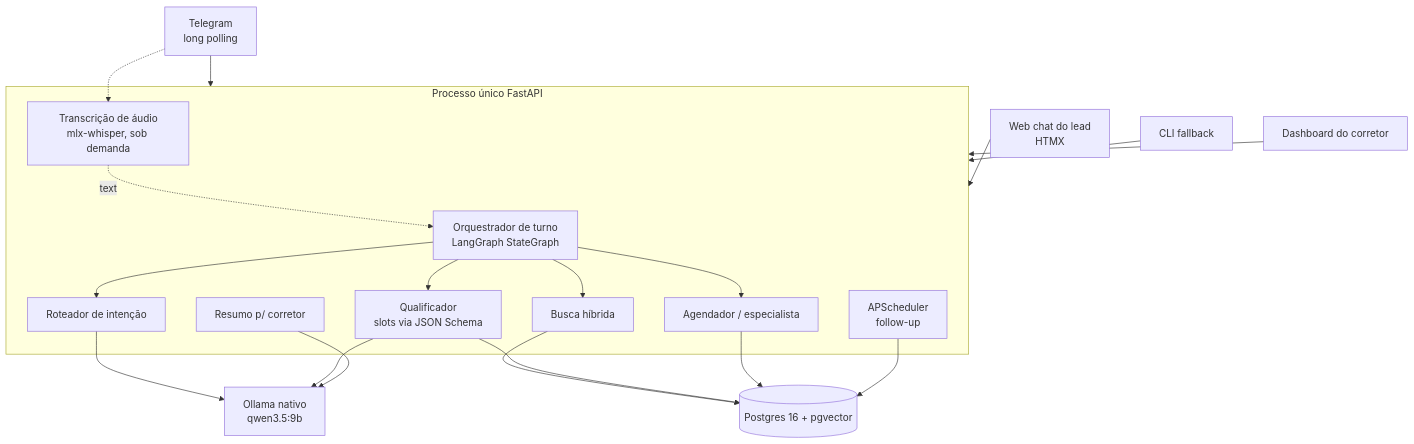
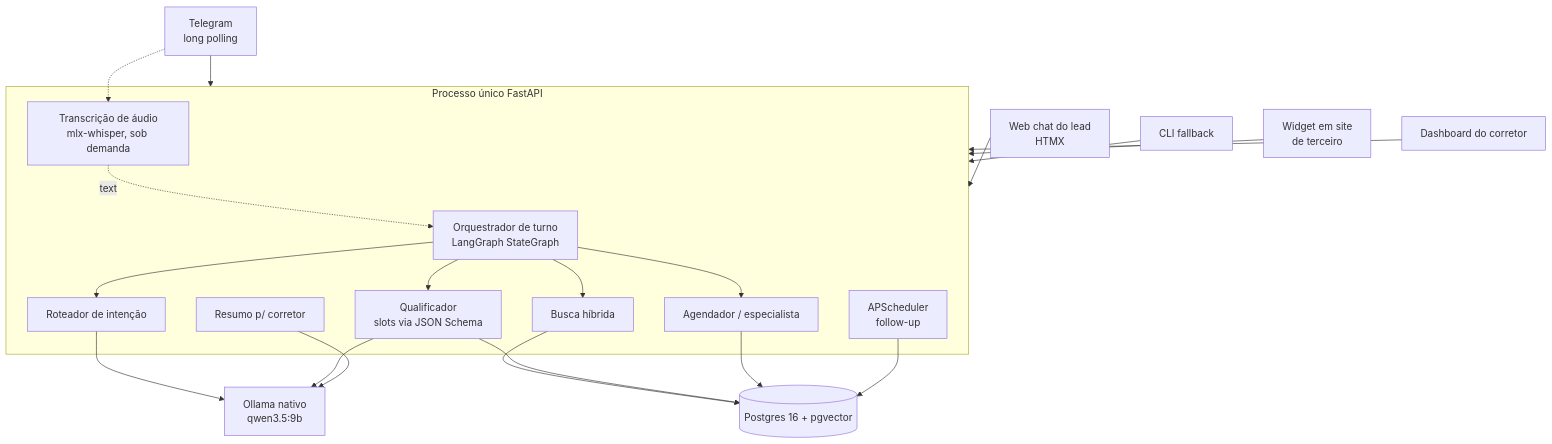
One commit to pos-fiap-ia-devs/Hackathon-fase-5 changed the first of 2 diagrams in ARQUITETURA.md. Above: the diagram before and after it, drawn with Mermaid. The commit also changed other lines of this file and 4 other files, not shown here.

````diff
--- a/ARQUITETURA.md
+++ b/ARQUITETURA.md
@@ -7,29 +7,30 @@
 ```mermaid
 flowchart TD
     TG[Telegram<br/>long polling] --> APP
     WEB[Web chat do lead<br/>HTMX] --> APP
     CLI[CLI fallback] --> APP
+    WID[Widget em site<br/>de terceiro] --> APP
     BROWSER[Dashboard do corretor] --> APP
 
     subgraph APP[Processo único FastAPI]
         TURNO[Orquestrador de turno<br/>LangGraph StateGraph]
         ROUTER[Roteador de intenção]
         QUAL[Qualificador<br/>slots via JSON Schema]
         SEARCH[Busca híbrida]
         SCHED[Agendador / especialista]
         SUM[Resumo p/ corretor]
         STT[Transcrição de áudio<br/>mlx-whisper, sob demanda]
         JOB[APScheduler<br/>follow-up]
     end
 
     TURNO --> ROUTER & QUAL & SEARCH & SCHED
     TG -.-> STT
     STT -.texto.-> TURNO
     ROUTER --> OLL[Ollama nativo<br/>qwen3.5:9b]
     QUAL --> OLL
     SUM --> OLL
     SEARCH --> PG[(Postgres 16 + pgvector)]
     QUAL --> PG
     SCHED --> PG
     JOB --> PG
 ```
````
